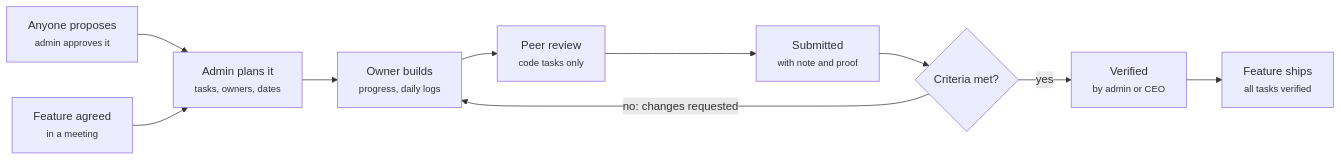
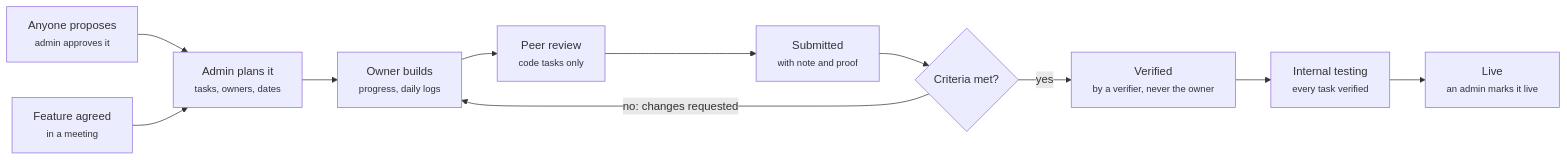
The diagram in docs/FEATURES.md (KwabenaBen/xolace_internal), drawn with Mermaid before and after one commit. The commit also changed other lines of this file and 17 other files, not shown here.

````diff
--- a/docs/FEATURES.md
+++ b/docs/FEATURES.md
@@ -60,12 +60,13 @@
 ```mermaid
 flowchart LR
     P["Anyone proposes<br/><small>admin approves it</small>"] --> B
     A["Feature agreed<br/><small>in a meeting</small>"] --> B["Admin plans it<br/><small>tasks, owners, dates</small>"]
     B --> C["Owner builds<br/><small>progress, daily logs</small>"]
     C --> D["Peer review<br/><small>code tasks only</small>"]
     D --> E["Submitted<br/><small>with note and proof</small>"]
     E --> F{"Criteria met?"}
     F -- "no: changes requested" --> C
-    F -- yes --> G["Verified<br/><small>by admin or CEO</small>"]
-    G --> H["Feature ships<br/><small>all tasks verified</small>"]
+    F -- yes --> G["Verified<br/><small>by a verifier, never the owner</small>"]
+    G --> I["Internal testing<br/><small>every task verified</small>"]
+    I --> H["Live<br/><small>an admin marks it live</small>"]
 ```
````
